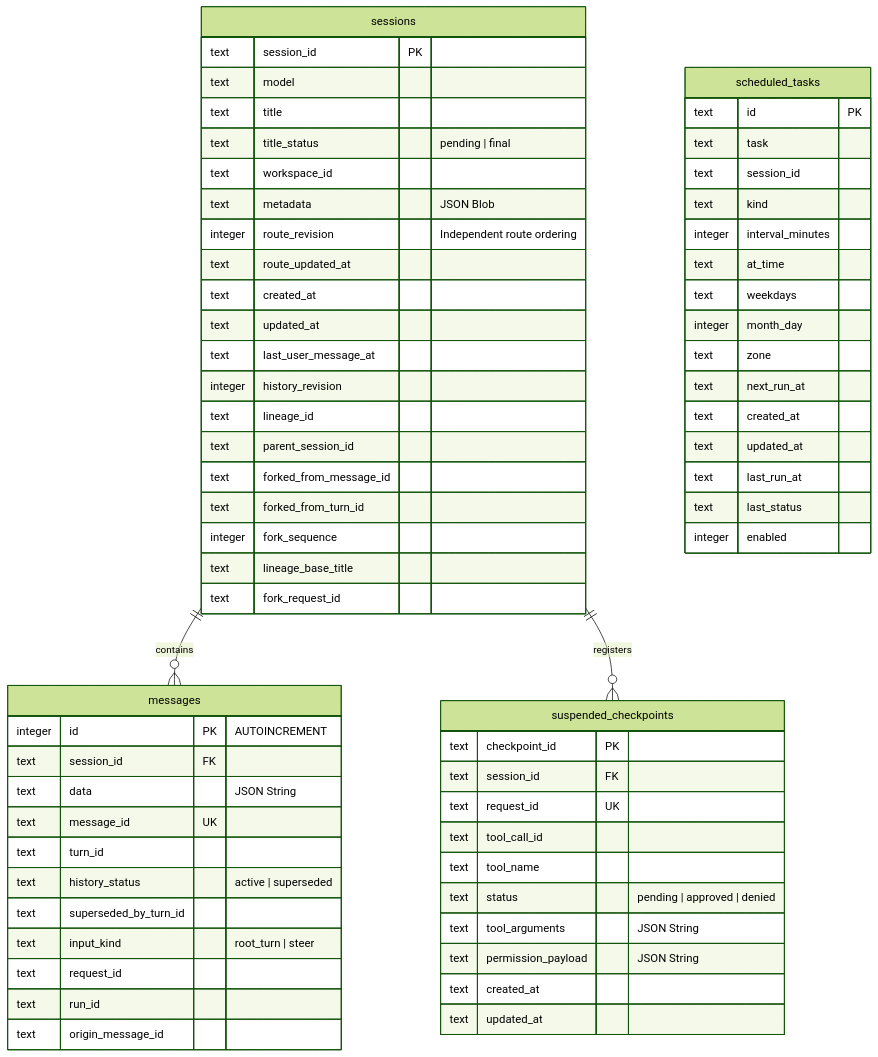
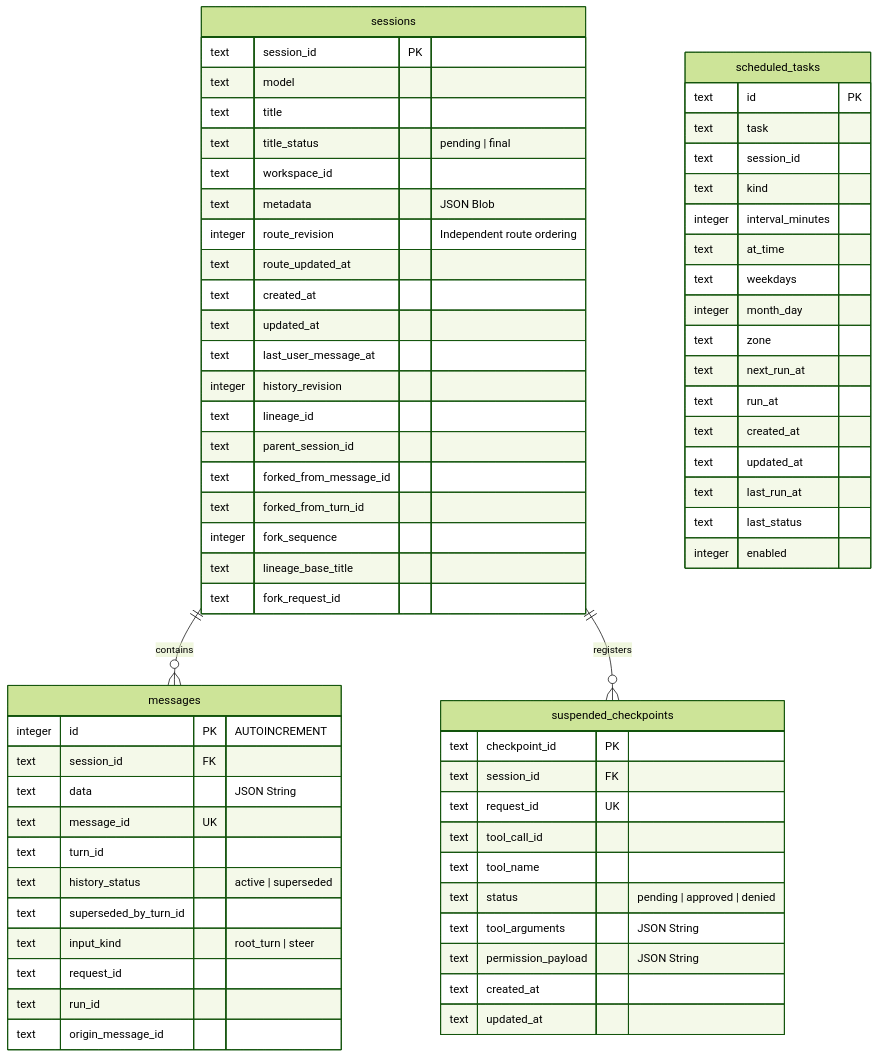
The first of 2 diagrams in docs/technical/agent_database_schema.md (EastStarAI/sanad-agent), drawn with Mermaid (forest theme) before and after one commit. The commit also changed other lines of this file and 5 other files, not shown here.

````diff
--- a/docs/technical/agent_database_schema.md
+++ b/docs/technical/agent_database_schema.md
@@ -32,72 +32,73 @@
 ```mermaid
 erDiagram
     sessions ||--o{ messages : "contains"
     sessions ||--o{ suspended_checkpoints : "registers"
     
     sessions {
         text session_id PK
         text model
         text title
         text title_status "pending | final"
         text workspace_id
         text metadata "JSON Blob"
         integer route_revision "Independent route ordering"
         text route_updated_at
         text created_at
         text updated_at
         text last_user_message_at
         integer history_revision
         text lineage_id
         text parent_session_id
         text forked_from_message_id
         text forked_from_turn_id
         integer fork_sequence
         text lineage_base_title
         text fork_request_id
     }
     
     messages {
         integer id PK "AUTOINCREMENT"
         text session_id FK
         text data "JSON String"
         text message_id UK
         text turn_id
         text history_status "active | superseded"
         text superseded_by_turn_id
         text input_kind "root_turn | steer"
         text request_id
         text run_id
         text origin_message_id
     }
     
     scheduled_tasks {
         text id PK
         text task
         text session_id
         text kind
         integer interval_minutes
         text at_time
         text weekdays
         integer month_day
         text zone
         text next_run_at
+        text run_at
         text created_at
         text updated_at
         text last_run_at
         text last_status
         integer enabled
     }
     
     suspended_checkpoints {
         text checkpoint_id PK
         text session_id FK
         text request_id UK
         text tool_call_id
         text tool_name
         text status "pending | approved | denied"
         text tool_arguments "JSON String"
         text permission_payload "JSON String"
         text created_at
         text updated_at
     }
 ```
````
